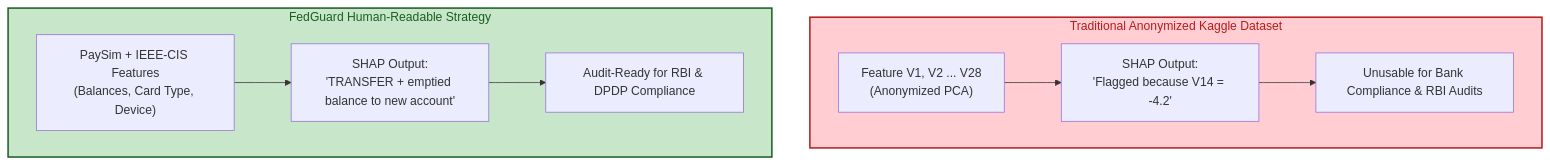
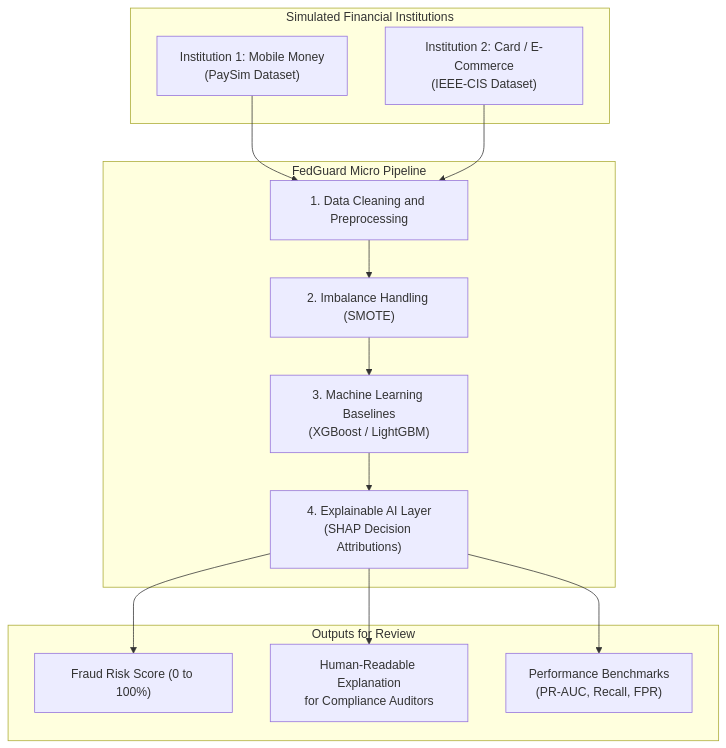
One commit to End-2007/Privacy-Preserving-Multi-Institutional-Financial-Fraud-Detection changed the diagram in README.md. Above: the diagram before and after it, drawn with Mermaid. The commit also changed other lines of this file and 1 other file, not shown here.

````diff
--- a/README.md
+++ b/README.md
@@ -108,20 +25,30 @@
 ```mermaid
 flowchart TD
-    classDef bad fill:#FFCDD2,stroke:#B71C1C,stroke-width:2px,color:#B71C1C;
-    classDef good fill:#C8E6C9,stroke:#1B5E20,stroke-width:2px,color:#1B5E20;
-
-    subgraph TypicalDataset["Traditional Anonymized Kaggle Dataset"]
-        direction LR
-        K1["Feature V1, V2 ... V28\n(Anonymized PCA)"] --> K2["SHAP Output:\n'Flagged because V14 = -4.2'"]
-        K2 --> K3["Unusable for Bank Compliance & RBI Audits"]
+    subgraph DataSources["Simulated Financial Institutions"]
+        D1["Institution 1: Mobile Money\n(PaySim Dataset)"]
+        D2["Institution 2: Card / E-Commerce\n(IEEE-CIS Dataset)"]
     end
 
-    subgraph FedGuardStrategy["FedGuard Human-Readable Strategy"]
-        direction LR
-        F1["PaySim + IEEE-CIS Features\n(Balances, Card Type, Device)"] --> F2["SHAP Output:\n'TRANSFER + emptied balance to new account'"]
-        F2 --> F3["Audit-Ready for RBI & DPDP Compliance"]
+    subgraph MicroPipeline["FedGuard Micro Pipeline"]
+        P["1. Data Cleaning and Preprocessing"]
+        S["2. Imbalance Handling (SMOTE)"]
+        M["3. Machine Learning Baselines\n(XGBoost / LightGBM)"]
+        X["4. Explainable AI Layer\n(SHAP Decision Attributions)"]
+
+        P --> S
+        S --> M
+        M --> X
     end
 
-    TypicalDataset:::bad
-    FedGuardStrategy:::good
+    subgraph Deliverables["Outputs for Review"]
+        R1["Fraud Risk Score (0 to 100%)"]
+        R2["Human-Readable Explanation\nfor Compliance Auditors"]
+        R3["Performance Benchmarks\n(PR-AUC, Recall, FPR)"]
+    end
+
+    D1 --> P
+    D2 --> P
+    X --> R1
+    X --> R2
+    X --> R3
 ```
````
